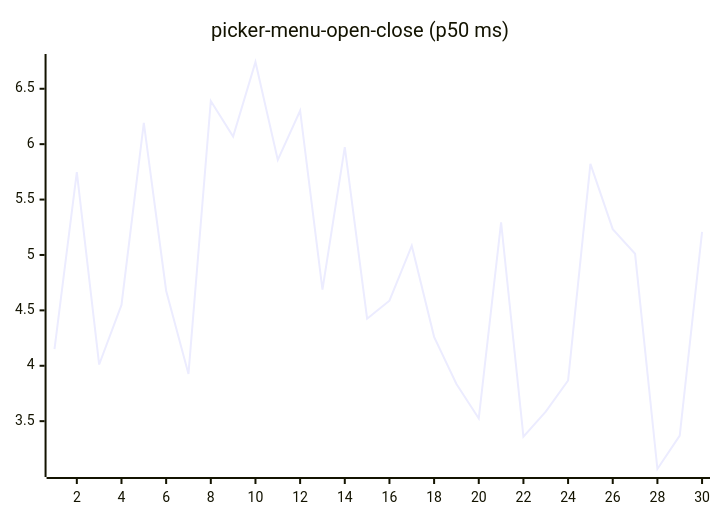
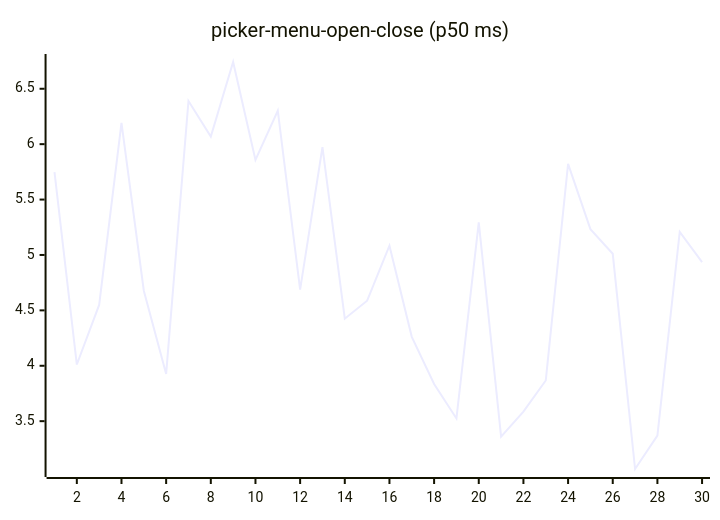
Diagram 16 of 27 in README.md (josha/Facet), drawn with Mermaid before and after one commit. The commit also changed other lines of this file and 2 other files, not shown here.

````diff
--- a/README.md
+++ b/README.md
@@ -168,6 +168,6 @@
 ```mermaid
 xychart-beta
     title "picker-menu-open-close (p50 ms)"
     x-axis 1 --> 30
-    line [4.1492, 5.7473, 4.0112, 4.5489, 6.1919, 4.6774, 3.9267, 6.3897, 6.0683, 6.7415, 5.8582, 6.3016, 4.6878, 5.9725, 4.4246, 4.5868, 5.0832, 4.2609, 3.8354, 3.5244, 5.2942, 3.3612, 3.5857, 3.8672, 5.8216, 5.2328, 5.0107, 3.0683, 3.3695, 5.2090]
+    line [5.7473, 4.0112, 4.5489, 6.1919, 4.6774, 3.9267, 6.3897, 6.0683, 6.7415, 5.8582, 6.3016, 4.6878, 5.9725, 4.4246, 4.5868, 5.0832, 4.2609, 3.8354, 3.5244, 5.2942, 3.3612, 3.5857, 3.8672, 5.8216, 5.2328, 5.0107, 3.0683, 3.3695, 5.2090, 4.9360]
 ```
````
